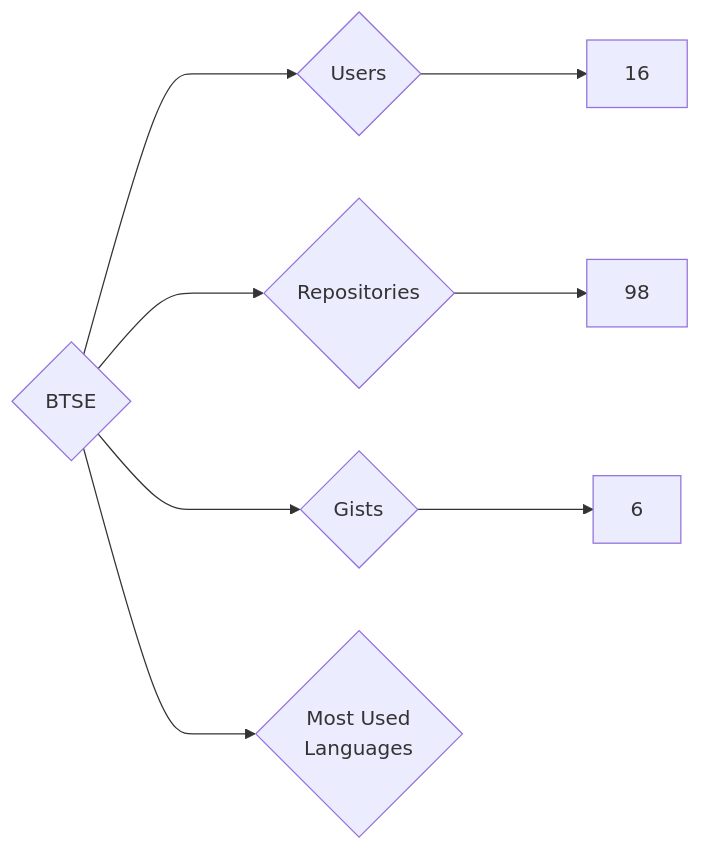
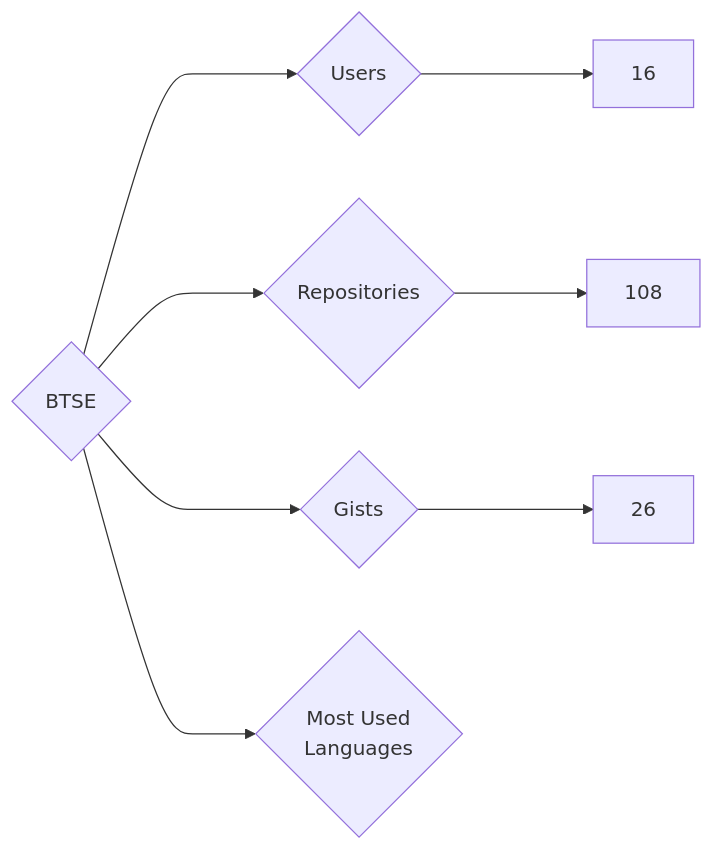
The diagram in targets/BTSE/README.md (nenadzaric/insiders), drawn with Mermaid before and after one commit. The commit also changed 1342 other files, not shown here.

````diff
--- a/targets/BTSE/README.md
+++ b/targets/BTSE/README.md
@@ -3,8 +3,8 @@
 ```mermaid
 graph LR
 COMPANY_NAME{BTSE}
 COMPANY_NAME ---> U{Users} ---> UN[16]
-COMPANY_NAME ---> R{Repositories} ---> RN[98]
-COMPANY_NAME ---> G{Gists} ---> GN[6]
+COMPANY_NAME ---> R{Repositories} ---> RN[108]
+COMPANY_NAME ---> G{Gists} ---> GN[26]
 COMPANY_NAME ---> ML{Most Used<br>Languages}
 ```
````
